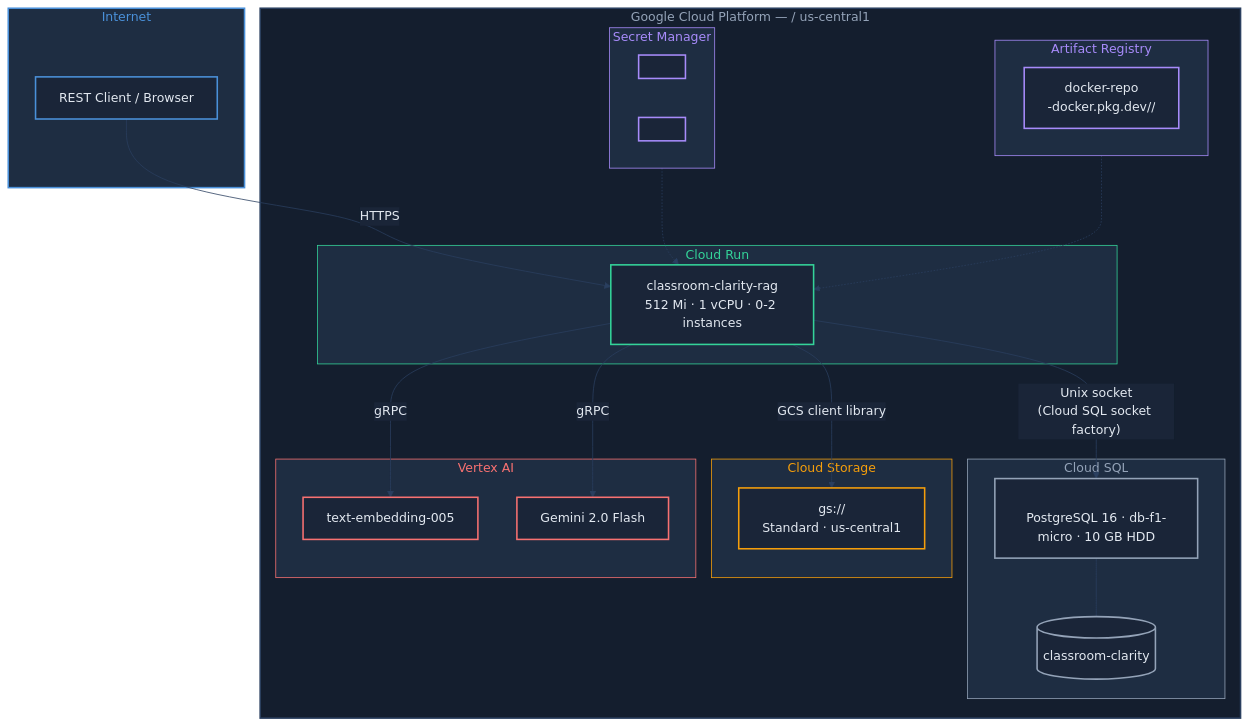
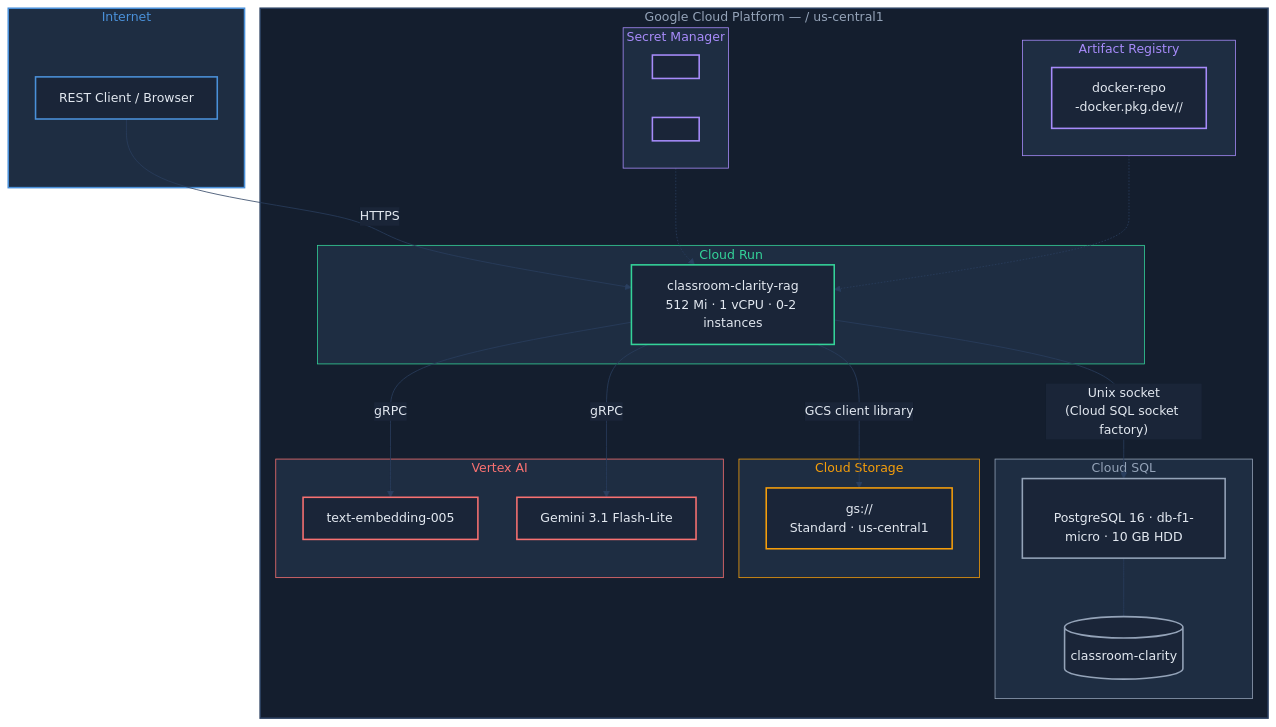
Before and after one commit to jking-ai/classroom-clarity-rag: the diagram in docs/production-deployment.md, drawn with Mermaid. The commit also changed 9 other files, not shown here.

First line of the commit message:
Upgrade Gemini chat model to 3.1 Flash-Lite preview

````diff
--- a/docs/production-deployment.md
+++ b/docs/production-deployment.md
@@ -9,77 +9,77 @@
 ```mermaid
 %%{init: {'theme': 'base', 'themeVariables': {
   'darkMode': true,
   'background': '#0f1724',
   'primaryColor': '#1a2538',
   'primaryTextColor': '#e2e8f0',
   'primaryBorderColor': '#2a3f5f',
   'lineColor': '#4a90d9',
   'secondaryColor': '#1e2d42',
   'tertiaryColor': '#1e2d42',
   'edgeLabelBackground': '#1a2538',
   'clusterBkg': '#1e2d42',
   'clusterBorder': '#2a3f5f',
   'nodeTextColor': '#e2e8f0',
   'titleColor': '#94a3b8'
 }}}%%
 flowchart TB
     subgraph Internet
         Client[REST Client / Browser]:::blue
     end
 
     subgraph GCP["Google Cloud Platform — <YOUR_GCP_PROJECT> / us-central1"]
         subgraph CloudRun["Cloud Run"]
             CR[classroom-clarity-rag<br/>512 Mi · 1 vCPU · 0-2 instances]:::green
         end
 
         subgraph CloudSQL["Cloud SQL"]
             PG[<YOUR_CLOUD_SQL_INSTANCE><br/>PostgreSQL 16 · db-f1-micro · 10 GB HDD]:::slate
             DB[(classroom-clarity)]:::slate
             PG --- DB
         end
 
         subgraph GCS["Cloud Storage"]
             Bucket[gs://<YOUR_GCS_BUCKET><br/>Standard · us-central1]:::amber
         end
 
         subgraph AR["Artifact Registry"]
             Repo[docker-repo<br/><REGION>-docker.pkg.dev/<YOUR_GCP_PROJECT>/<YOUR_ARTIFACT_REPO>]:::purple
         end
 
         subgraph SM["Secret Manager"]
             S1[<YOUR_API_KEY_SECRET>]:::purple
             S2[<YOUR_DB_PASSWORD_SECRET>]:::purple
         end
 
         subgraph VertexAI["Vertex AI"]
             Embed[text-embedding-005]:::red
-            Chat[Gemini 2.0 Flash]:::red
+            Chat[Gemini 3.1 Flash-Lite]:::red
         end
     end
 
     Client -- "HTTPS" --> CR
     CR -- "Unix socket<br/>(Cloud SQL socket factory)" --> PG
     CR -- "GCS client library" --> Bucket
     CR -- "gRPC" --> Embed
     CR -- "gRPC" --> Chat
     SM -.-> CR
     AR -.-> CR
 
     style Internet fill:#1e2d42, stroke:#4a90d9, stroke-width:2px, color:#4a90d9
     style GCP fill:#141e2e, stroke:#2a3f5f, stroke-width:2px, color:#94a3b8
     style CloudRun fill:#1e2d42, stroke:#34d399, stroke-width:1px, color:#34d399
     style CloudSQL fill:#1e2d42, stroke:#94a3b8, stroke-width:1px, color:#94a3b8
     style GCS fill:#1e2d42, stroke:#f59e0b, stroke-width:1px, color:#f59e0b
     style AR fill:#1e2d42, stroke:#a78bfa, stroke-width:1px, color:#a78bfa
     style SM fill:#1e2d42, stroke:#a78bfa, stroke-width:1px, color:#a78bfa
     style VertexAI fill:#1e2d42, stroke:#f87171, stroke-width:1px, color:#f87171
 
     classDef blue   fill:#1a2538, stroke:#4a90d9, stroke-width:2px, color:#e2e8f0;
     classDef green  fill:#1a2538, stroke:#34d399, stroke-width:2px, color:#e2e8f0;
     classDef amber  fill:#1a2538, stroke:#f59e0b, stroke-width:2px, color:#e2e8f0;
     classDef red    fill:#1a2538, stroke:#f87171, stroke-width:2px, color:#e2e8f0;
     classDef purple fill:#1a2538, stroke:#a78bfa, stroke-width:2px, color:#e2e8f0;
     classDef slate  fill:#1a2538, stroke:#94a3b8, stroke-width:2px, color:#e2e8f0;
 
     linkStyle default stroke:#2a3f5f, stroke-width:1px
 ```
````
